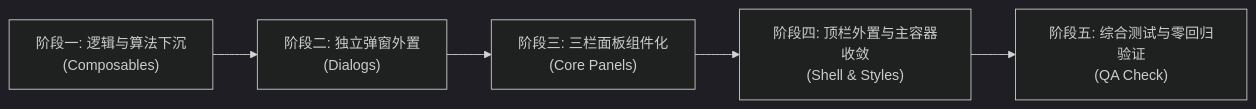
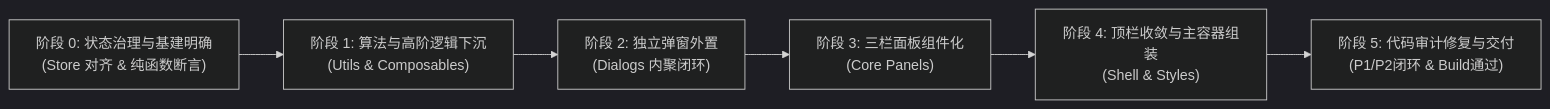
The second of 2 diagrams in docs/AuditWorkbench组件拆分与架构优化方案.md (DeavorWei/LogAuditorGo), drawn with Mermaid (dark theme) before and after one commit. The commit also changed other lines of this file and 19 other files, not shown here.

````diff
--- a/docs/AuditWorkbench组件拆分与架构优化方案.md
+++ b/docs/AuditWorkbench组件拆分与架构优化方案.md
@@ -514,7 +541,8 @@
 ```mermaid
 flowchart LR
-    P1["阶段一: 逻辑与算法下沉\n(Composables)"] --> P2["阶段二: 独立弹窗外置\n(Dialogs)"]
-    P2 --> P3["阶段三: 三栏面板组件化\n(Core Panels)"]
-    P3 --> P4["阶段四: 顶栏外置与主容器收敛\n(Shell & Styles)"]
-    P4 --> P5["阶段五: 综合测试与零回归验证\n(QA Check)"]
+    P0["阶段 0: 状态治理与基建明确\n(Store 对齐 & 纯函数断言)"] --> P1["阶段 1: 算法与高阶逻辑下沉\n(Utils & Composables)"]
+    P1 --> P2["阶段 2: 独立弹窗外置\n(Dialogs 内聚闭环)"]
+    P2 --> P3["阶段 3: 三栏面板组件化\n(Core Panels)"]
+    P3 --> P4["阶段 4: 顶栏收敛与主容器组装\n(Shell & Styles)"]
+    P4 --> P5["阶段 5: 代码审计修复与交付\n(P1/P2闭环 & Build通过)"]
 ```
````
